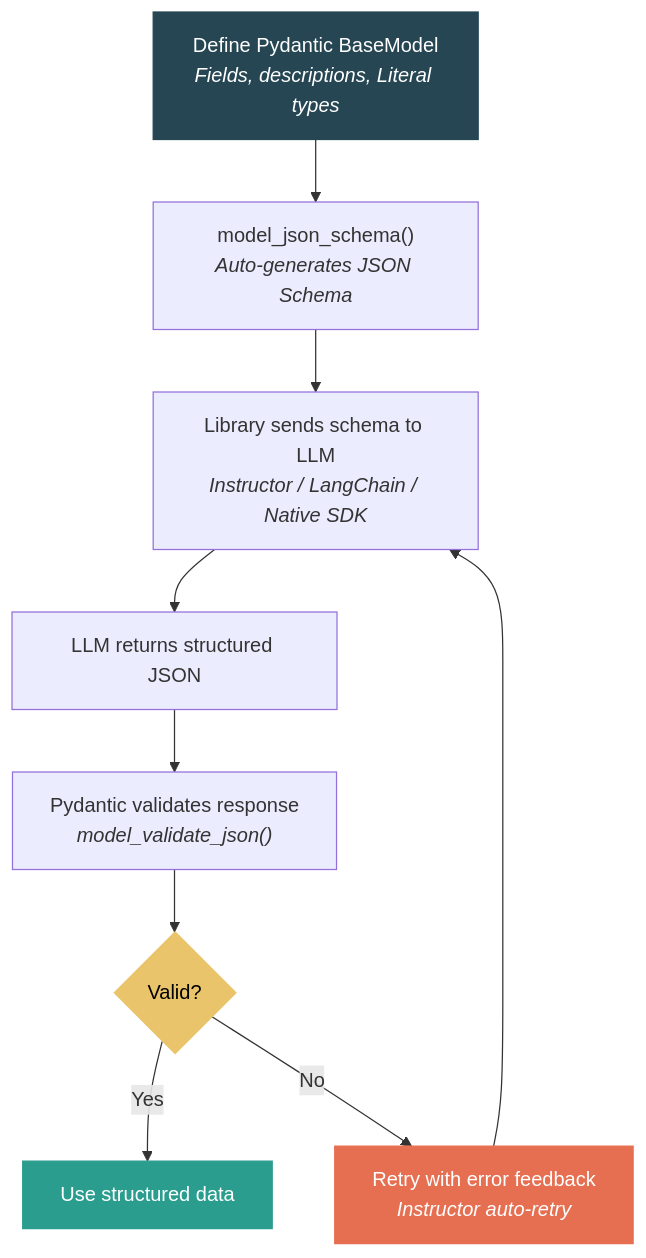
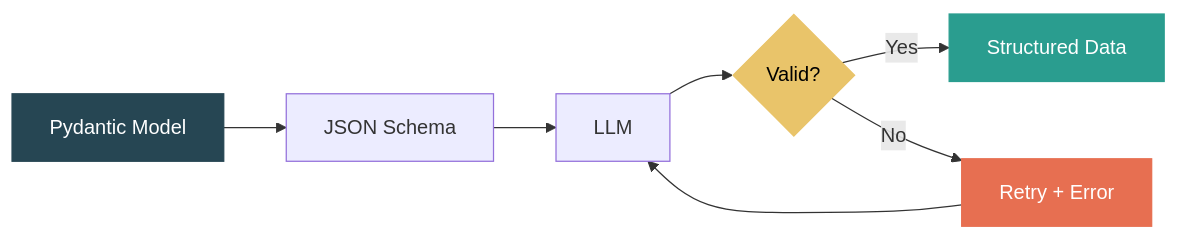
Before and after one commit to dangquan1402/community-contributor-posts: the second of 2 diagrams in 002-structured-output-evolution.md, drawn with Mermaid. The commit also changed other lines of this file and 9 other files, not shown here.

First line of the commit message:
Improve diagrams, add inline references and TOC headers across all posts

````diff
--- a/002-structured-output-evolution.md
+++ b/002-structured-output-evolution.md
@@ -143,16 +153,14 @@
 ```mermaid
-graph TD
-    A["Define Pydantic BaseModel<br/><i>Fields, descriptions, Literal types</i>"] --> B["model_json_schema()<br/><i>Auto-generates JSON Schema</i>"]
-    B --> C["Library sends schema to LLM<br/><i>Instructor / LangChain / Native SDK</i>"]
-    C --> D["LLM returns structured JSON"]
-    D --> E["Pydantic validates response<br/><i>model_validate_json()</i>"]
-    E --> F{"Valid?"}
-    F -->|Yes| G["Use structured data"]
-    F -->|No| H["Retry with error feedback<br/><i>Instructor auto-retry</i>"]
-    H --> C
+graph LR
+    A["Pydantic Model"] --> B["JSON Schema"]
+    B --> C["LLM"]
+    C --> D{"Valid?"}
+    D -->|Yes| E["Structured Data"]
+    D -->|No| F["Retry + Error"]
+    F --> C
 
     style A fill:#264653,stroke:#264653,color:#fff
-    style G fill:#2a9d8f,stroke:#2a9d8f,color:#fff
-    style H fill:#e76f51,stroke:#e76f51,color:#fff
-    style F fill:#e9c46a,stroke:#e9c46a,color:#000
+    style E fill:#2a9d8f,stroke:#2a9d8f,color:#fff
+    style F fill:#e76f51,stroke:#e76f51,color:#fff
+    style D fill:#e9c46a,stroke:#e9c46a,color:#000
 ```
````
